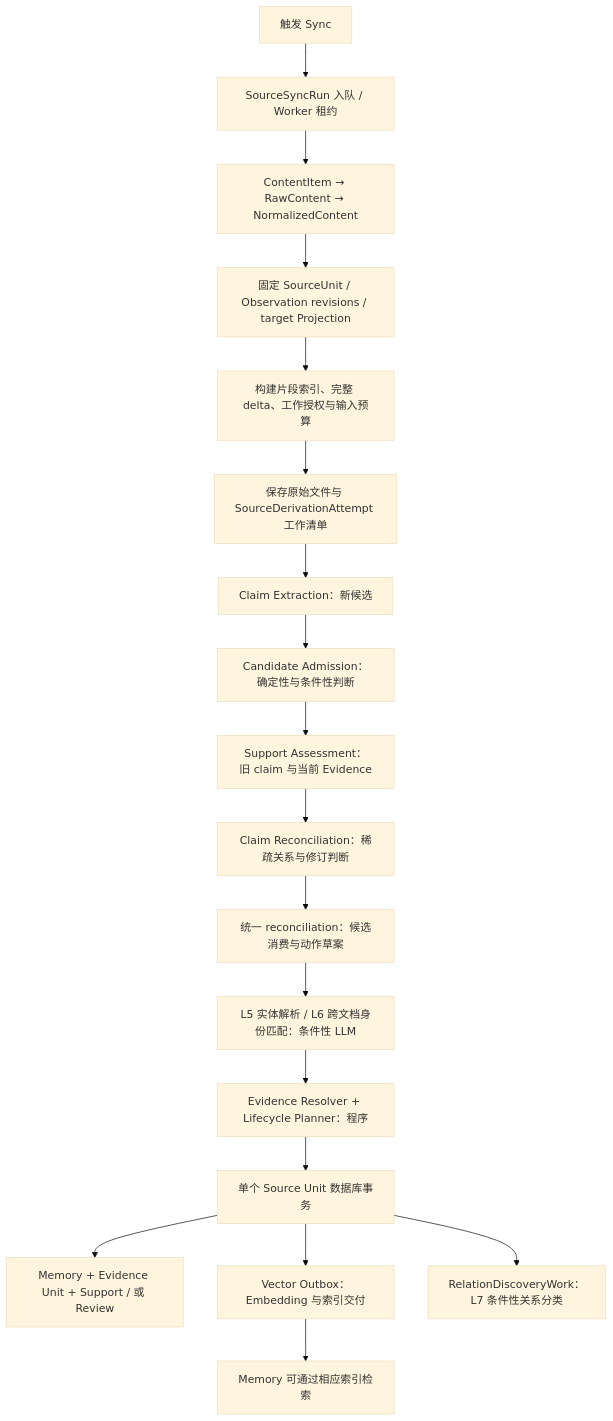
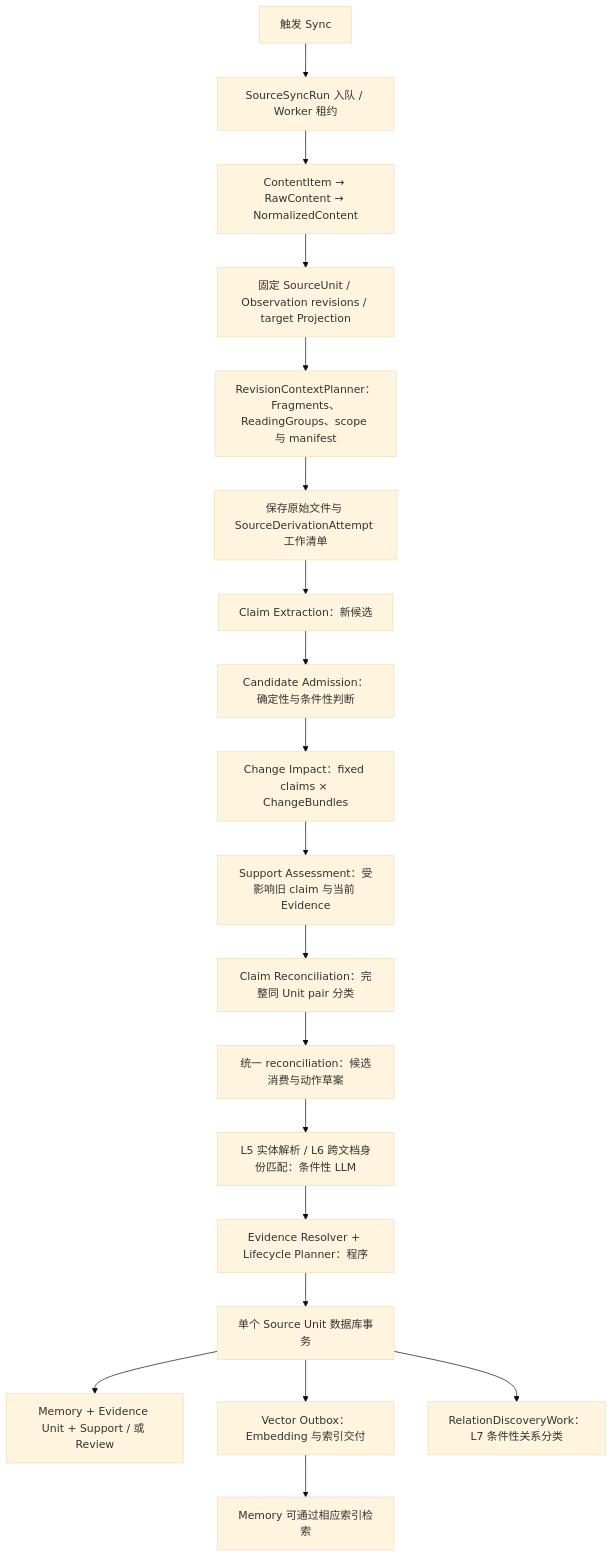
One commit to shno-labs/mem-forge changed the second of 2 diagrams in docs/design/source-sync-to-memory.md. Above: the diagram before and after it, drawn with Mermaid (base theme). The commit also changed other lines of this file and 4 other files, not shown here.

Commit message:
docs: finalize classifier and support assessment contracts

````diff
--- a/docs/design/source-sync-to-memory.md
+++ b/docs/design/source-sync-to-memory.md
@@ -229,20 +270,21 @@
 ```mermaid
 flowchart TD
     A[触发 Sync] --> B[SourceSyncRun 入队 / Worker 租约]
     B --> C[ContentItem → RawContent → NormalizedContent]
     C --> D[固定 SourceUnit / Observation revisions / target Projection]
-    D --> F[构建片段索引、完整 delta、工作授权与输入预算]
+    D --> F[RevisionContextPlanner：Fragments、ReadingGroups、scope 与 manifest]
     F --> E[保存原始文件与 SourceDerivationAttempt 工作清单]
     E --> G[Claim Extraction：新候选]
     G --> H[Candidate Admission：确定性与条件性判断]
-    H --> I[Support Assessment：旧 claim 与当前 Evidence]
-    I --> J[Claim Reconciliation：稀疏关系与修订判断]
+    H --> X[Change Impact：fixed claims × ChangeBundles]
+    X --> I[Support Assessment：受影响旧 claim 与当前 Evidence]
+    I --> J[Claim Reconciliation：完整同 Unit pair 分类]
     J --> K[统一 reconciliation：候选消费与动作草案]
     K --> L[L5 实体解析 / L6 跨文档身份匹配：条件性 LLM]
     L --> M[Evidence Resolver + Lifecycle Planner：程序]
     M --> N[单个 Source Unit 数据库事务]
     N --> O[Memory + Evidence Unit + Support / 或 Review]
     N --> P[Vector Outbox：Embedding 与索引交付]
     N --> Q[RelationDiscoveryWork：L7 条件性关系分类]
     P --> R[Memory 可通过相应索引检索]
 ```
````
